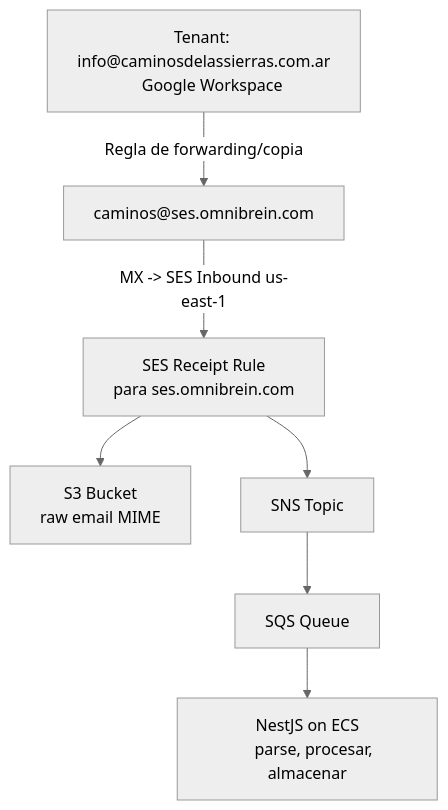
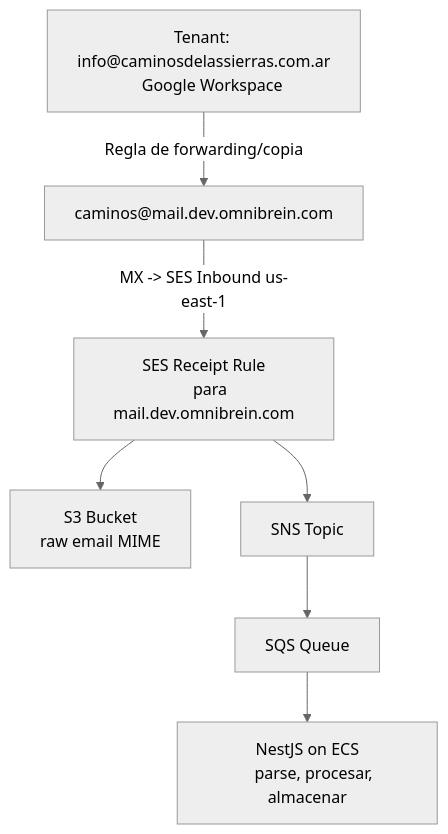
Before and after one commit to diego-serrano-kenility/omni-mail-channel-research: the first of 6 diagrams in findings-amazon-ses.md, drawn with Mermaid (neutral theme). The commit also changed other lines of this file and 2 other files, not shown here.

First line of the commit message:
Actualizar subdominio de mail a mail.dev.omnibrein.com y agregar diagrama de envío en A4

````diff
--- a/findings-amazon-ses.md
+++ b/findings-amazon-ses.md
@@ -35,13 +35,13 @@
 ```mermaid
 flowchart TD
     TenantMail["Tenant: info@caminosdelassierras.com.ar
-    Google Workspace"] -->|"Regla de forwarding/copia"| SESAddr["caminos@ses.omnibrein.com"]
+    Google Workspace"] -->|"Regla de forwarding/copia"| SESAddr["caminos@mail.dev.omnibrein.com"]
     SESAddr -->|"MX -> SES Inbound us-east-1"| RR["SES Receipt Rule
-    para ses.omnibrein.com"]
+    para mail.dev.omnibrein.com"]
     RR --> S3["S3 Bucket
     raw email MIME"]
     RR --> SNS["SNS Topic"]
     SNS --> SQS["SQS Queue"]
     SQS --> NestJS["NestJS on ECS
     parse, procesar, almacenar"]
 ```
````
